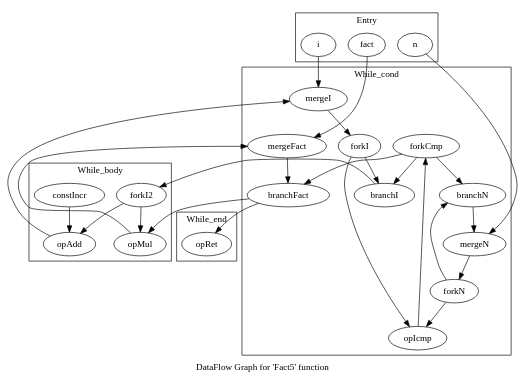
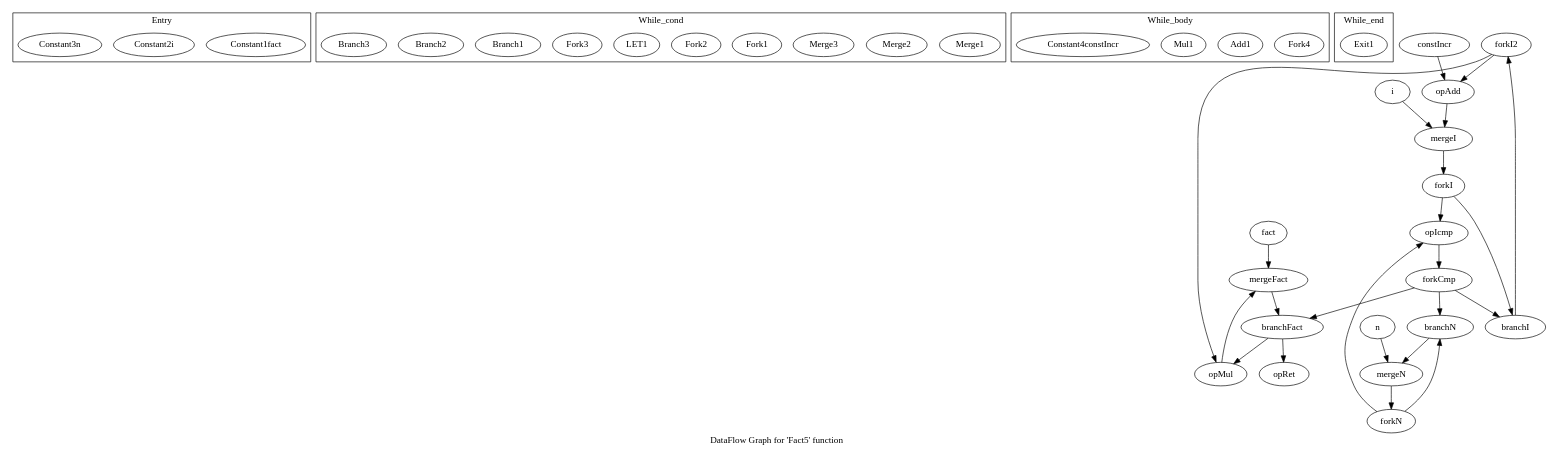
One commit to QuimMarset/TFG changed the diagram in DOTGrafs/Fact5.dot. Above: the diagram before and after it, drawn with Graphviz. The commit also changed 5 other files, not shown here.

```diff
--- a/DOTGrafs/Fact5.dot
+++ b/DOTGrafs/Fact5.dot
@@ -1,59 +1,59 @@
 digraph "DataFlow Graph for 'Fact5' function" {
 	label="DataFlow Graph for 'Fact5' function";
 
 	subgraph cluster_Entry { 
-		fact[shape = oval, label = "fact", type = Constant, out = "out:0", value = 1];
-		i[shape = oval, label = "i", type = Constant, out = "out:0", value = 2];
-		n[shape = oval, label = "n", type = Constant, out = "out:0", value = 5];
+		Constant1fact[type = Constant, in = "inControl", out = "out", value = 1];
+		Constant2i[type = Constant, in = "inControl", out = "out", value = 2];
+		Constant3n[type = Constant, in = "inControl", out = "out", value = 5];
 		label = "Entry"
 	}
 	subgraph cluster_While_cond { 
-		mergeFact[shape = oval, label = "mergeFact", type = Merge, in = "in1:0 in2:0", out = "out:0"];
-		mergeI[shape = oval, label = "mergeI", type = Merge, in = "in1:0 in2:0", out = "out:0"];
-		mergeN[shape = oval, label = "mergeN", type = Merge, in = "in1:0 in2:0", out = "out:0"];
-		forkN[shape = oval, label = "forkN", type = Fork, in = "in:0", out = "out1:0 out2:0"];
-		forkI[shape = oval, label = "forkI", type = Fork, in = "in:0", out = "out1:0 out2:0"];
-		opIcmp[shape = oval, label = "opIcmp", type = Operator, in = "in1:0 in2:0", out = "out:0"];
-		forkCmp[shape = oval, label = "forkCmp", type = Fork, in = "in:0", out = "out1:0 out2:0 out3:0"];
-		branchN[shape = oval, label = "branchN", type = Branch, in = "in:0 inCondition?:1", out = "outTrue+:0 outFalse-:0"];
-		branchI[shape = oval, label = "branchI", type = Branch, in = "in:0 inCondition?:1", out = "outTrue+:0 outFalse-:0"];
-		branchFact[shape = oval, label = "branchFact", type = Branch, in = "in:0 inCondition?:1", out = "outTrue+:0 outFalse-:0"];
+		Merge1[type = Merge, channel_width = 2, in = "in1 in2", out = "out"];
+		Merge2[type = Merge, channel_width = 2, in = "in1 in2", out = "out"];
+		Merge3[type = Merge, channel_width = 2, in = "in1 in2", out = "out"];
+		Fork1[type = Fork, channel_width = 2, in = "in", out = "out1 out2"];
+		Fork2[type = Fork, channel_width = 2, in = "in", out = "out1 out2"];
+		LET1[type = Operator, in = "in1 in2", out = "out", op = leq, latency = 0, II = 0];
+		Fork3[type = Fork, channel_width = 3, in = "in", out = "out1 out2"];
+		Branch1[type = Branch, in = "in inCondition?:1", out = "outTrue+ outFalse-"];
+		Branch2[type = Branch, in = "in inCondition?:1", out = "outTrue+ outFalse-"];
+		Branch3[type = Branch, in = "in inCondition?:1", out = "outTrue+ outFalse-"];
 		label = "While_cond"
 	}
 	subgraph cluster_While_body { 
-		forkI2[shape = oval, label = "forkI2", type = Fork, in = "in:0", out = "out1:0 out2:0"];
-		opAdd[shape = oval, label = "opAdd", type = Operator, in = "in1:0 in2:0", out = "out:0"];
-		opMul[shape = oval, label = "opMul", type = Operator, in = "in1:0 in2:0", out = "out:0", latency = 2, II = 0];
-		constIncr[shape = oval, label = "constIncr", type = Constant, out = "out:0", value = 1];
+		Fork4[type = Fork, channel_width = 2, in = "in", out = "out1 out2"];
+		Add1[type = Operator, in = "in1 in2", out = "out", op = add, latency = 0, II = 0];
+		Mul1[type = Operator, in = "in1 in2", out = "out", op = mul, latency = 0, II = 0];
+		Constant4constIncr[type = Constant, in = "inControl", out = "out", value = 1];
 		label = "While_body"
 	}
 	subgraph cluster_While_end { 
-		opRet[shape = oval, label = "opRet", type = Operator, in = "in1:0"];
+		Exit1[type = Exit, in = "controlIn"];
 		label = "While_end"
 	}
 
 	fact -> mergeFact [from = out, to = in1];
 	i -> mergeI [from = out, to = in1];
 	n -> mergeN [from = out, to = in1];
 	mergeN -> forkN [from = out, to = in];
 	mergeI -> forkI [from = out, to = in];
 	forkN -> opIcmp [from = out1, to = in1];
 	forkN -> branchN [from = out2, to = in];
 	forkI -> opIcmp [from = ou1, to = in2];
 	forkI -> branchI [from = out2, to = in];
 	mergeFact -> branchFact [from = out, to = in];
 	opIcmp -> forkCmp [from = out, to = in];
 	forkCmp -> branchN [from = out1, to = inCondition];
 	forkCmp -> branchI [from = out2, to = inCondition];
 	forkCmp -> branchFact [from = out3, to = inCondition];
 	branchN -> mergeN [from = outTrue, to = in2];
 	branchI -> forkI2 [from = outTrue, to = in];
 	branchFact -> opMul [from = outTrue, to = in1];
 	branchFact -> opRet [from = outFalse, to = in];
 	constIncr -> opAdd [from = out, to = in1];
 	forkI2 -> opAdd [from = out1, to = in2];
 	forkI2 -> opMul [from = out2, to = in2];
 	opAdd -> mergeI [from = out, to = in2];
 	opMul -> mergeFact [from = out, to = in2];
 
 }
```
